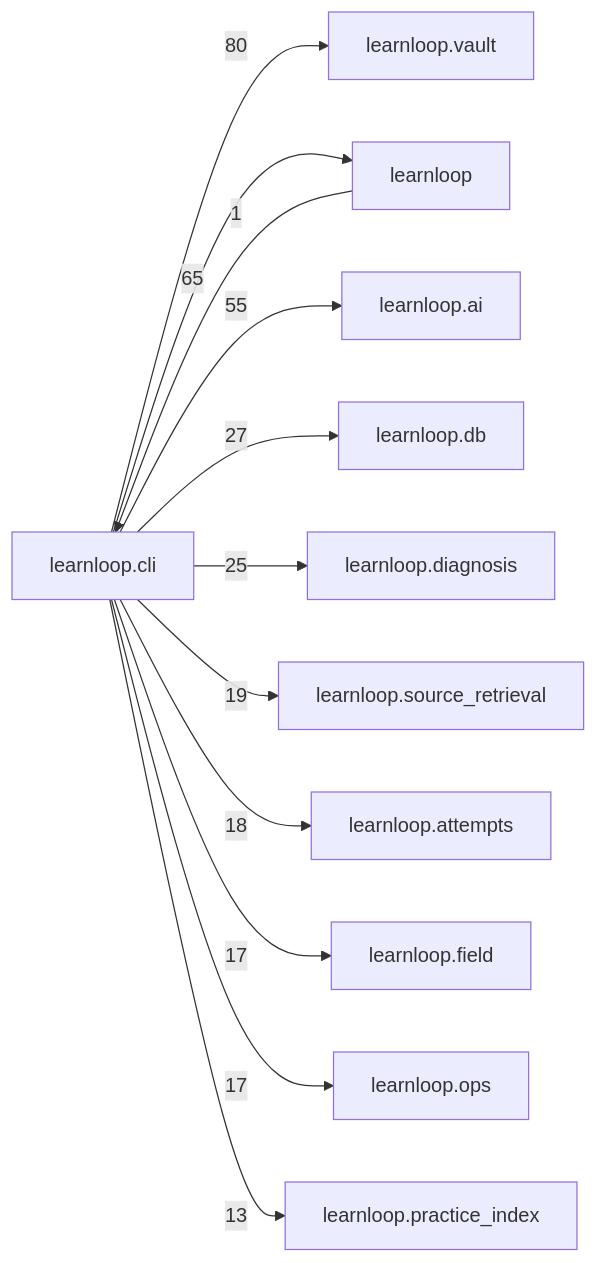
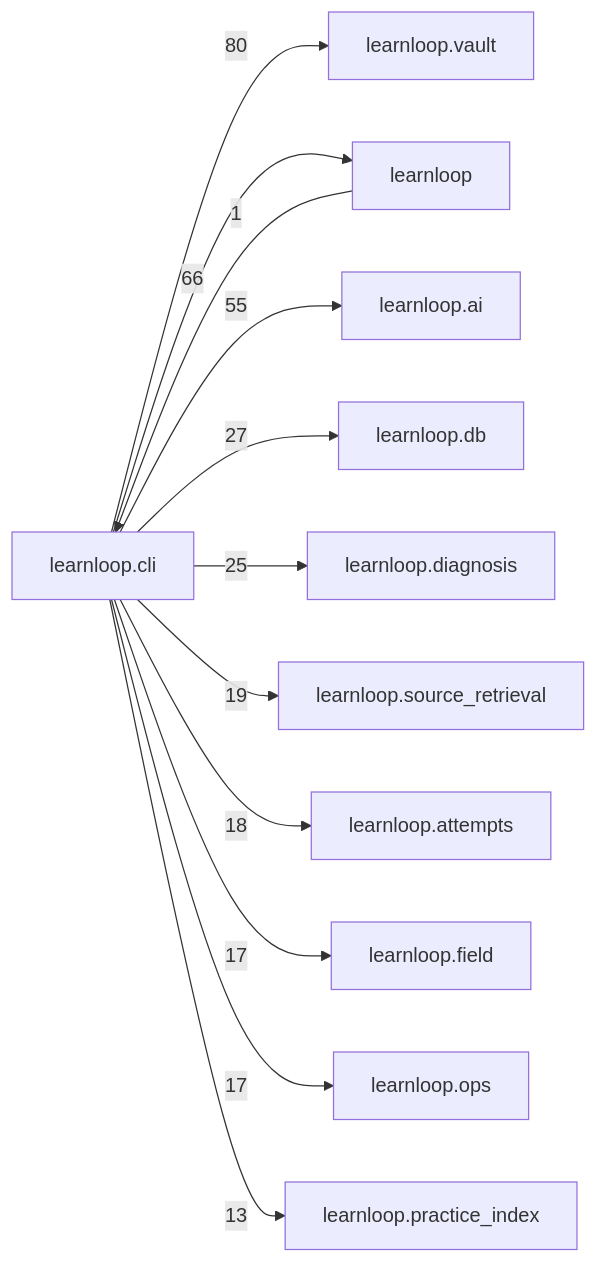
One commit to 6up-b/learnanything changed the diagram in docs/learnloop-architecture-vault/Reference/Modules/learnloop/cli/_package.md. Above: the diagram before and after it, drawn with Mermaid. The commit also changed other lines of this file and 580 other files, not shown here.

````diff
--- a/docs/learnloop-architecture-vault/Reference/Modules/learnloop/cli/_package.md
+++ b/docs/learnloop-architecture-vault/Reference/Modules/learnloop/cli/_package.md
@@ -229,25 +229,25 @@
 ```mermaid
 flowchart LR
     center["learnloop.cli"]
     n_learnloop_vault["learnloop.vault"]
     n_learnloop["learnloop"]
     n_learnloop_ai["learnloop.ai"]
     n_learnloop_db["learnloop.db"]
     n_learnloop_diagnosis["learnloop.diagnosis"]
     n_learnloop_source_retrieval["learnloop.source_retrieval"]
     n_learnloop_attempts["learnloop.attempts"]
     n_learnloop_field["learnloop.field"]
     n_learnloop_ops["learnloop.ops"]
     n_learnloop_practice_index["learnloop.practice_index"]
     center -->|80| n_learnloop_vault
     n_learnloop -->|1| center
-    center -->|65| n_learnloop
+    center -->|66| n_learnloop
     center -->|55| n_learnloop_ai
     center -->|27| n_learnloop_db
     center -->|25| n_learnloop_diagnosis
     center -->|19| n_learnloop_source_retrieval
     center -->|18| n_learnloop_attempts
     center -->|17| n_learnloop_field
     center -->|17| n_learnloop_ops
     center -->|13| n_learnloop_practice_index
 ```
````
